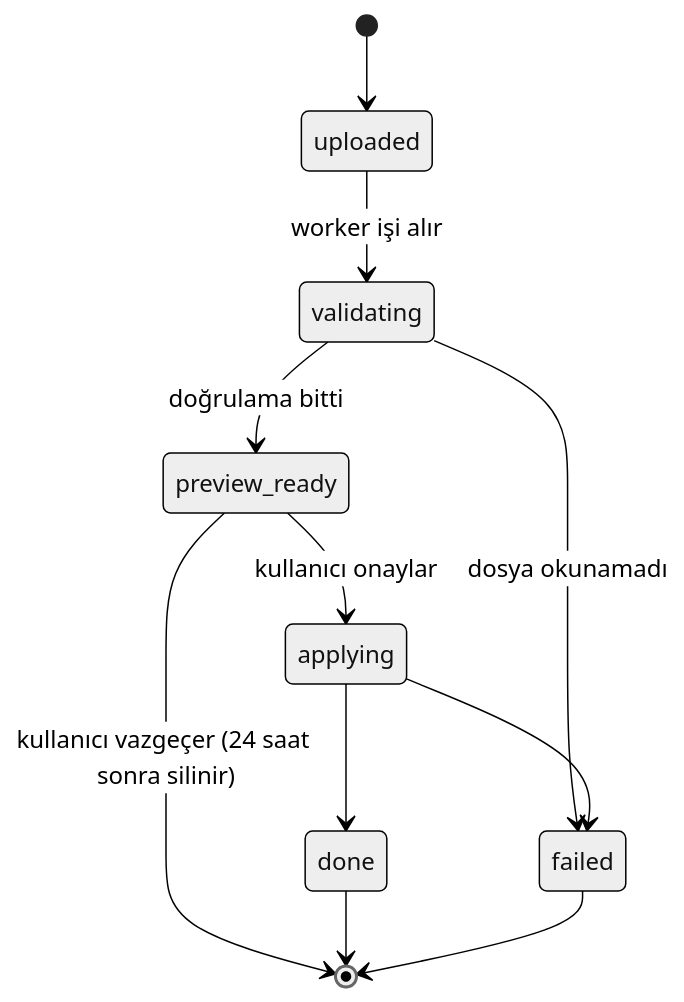
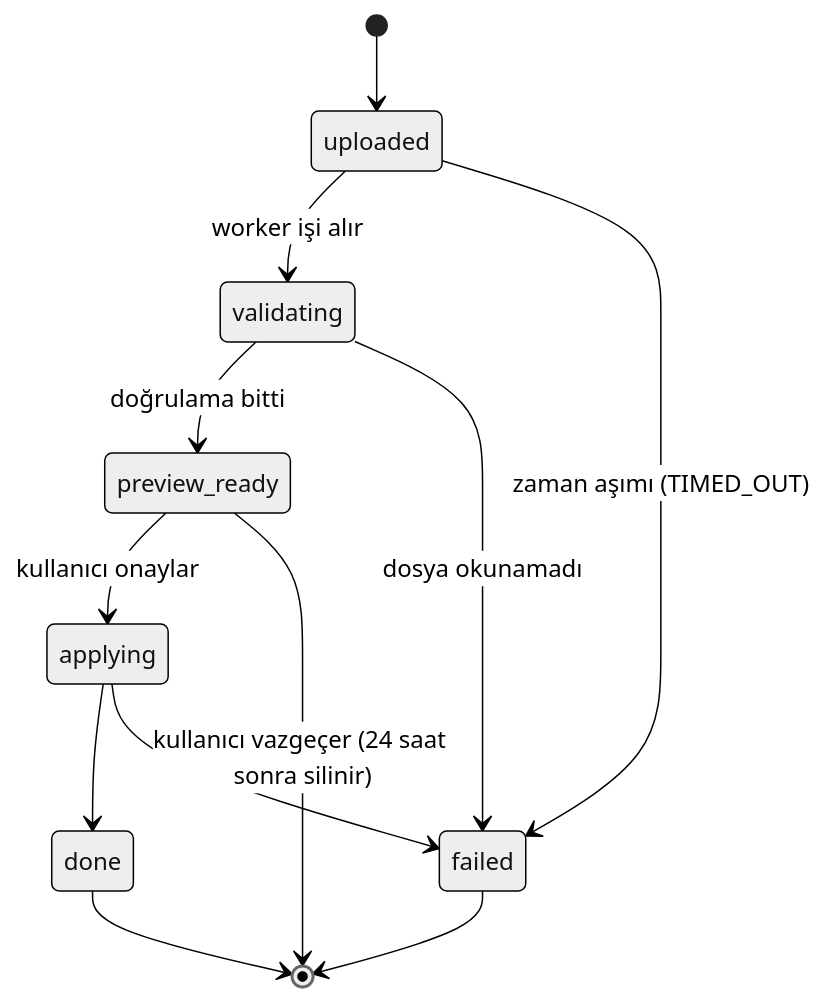
One commit to MIRALIKAZIMLI/b2b-platform changed diagram 11 of 15 in docs/03-architecture/state-machines.md. Above: the diagram before and after it, drawn with Mermaid (neutral theme). The commit also changed other lines of this file and 43 other files, not shown here.

````diff
--- a/docs/03-architecture/state-machines.md
+++ b/docs/03-architecture/state-machines.md
@@ -219,13 +219,14 @@
 ```mermaid
 stateDiagram-v2
     [*] --> uploaded
     uploaded --> validating: worker işi alır
+    uploaded --> failed: zaman aşımı (TIMED_OUT)
     validating --> preview_ready: doğrulama bitti
     validating --> failed: dosya okunamadı
     preview_ready --> applying: kullanıcı onaylar
     preview_ready --> [*]: kullanıcı vazgeçer (24 saat sonra silinir)
     applying --> done
     applying --> failed
     done --> [*]
     failed --> [*]
 ```
````
